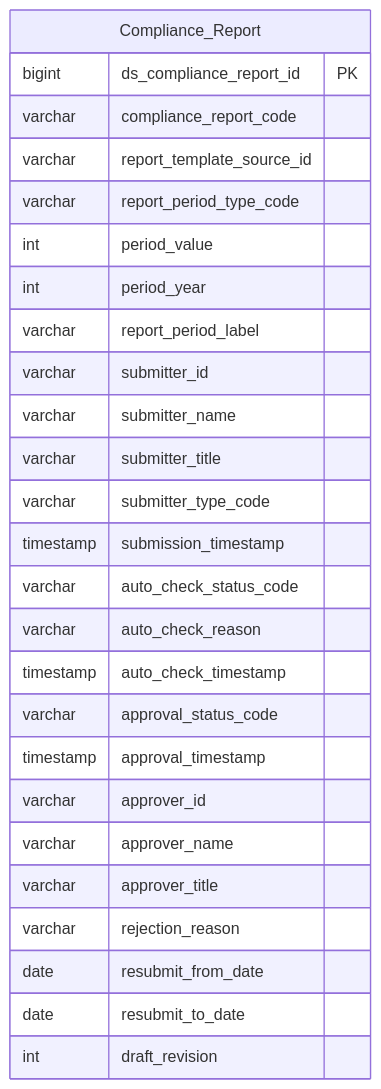
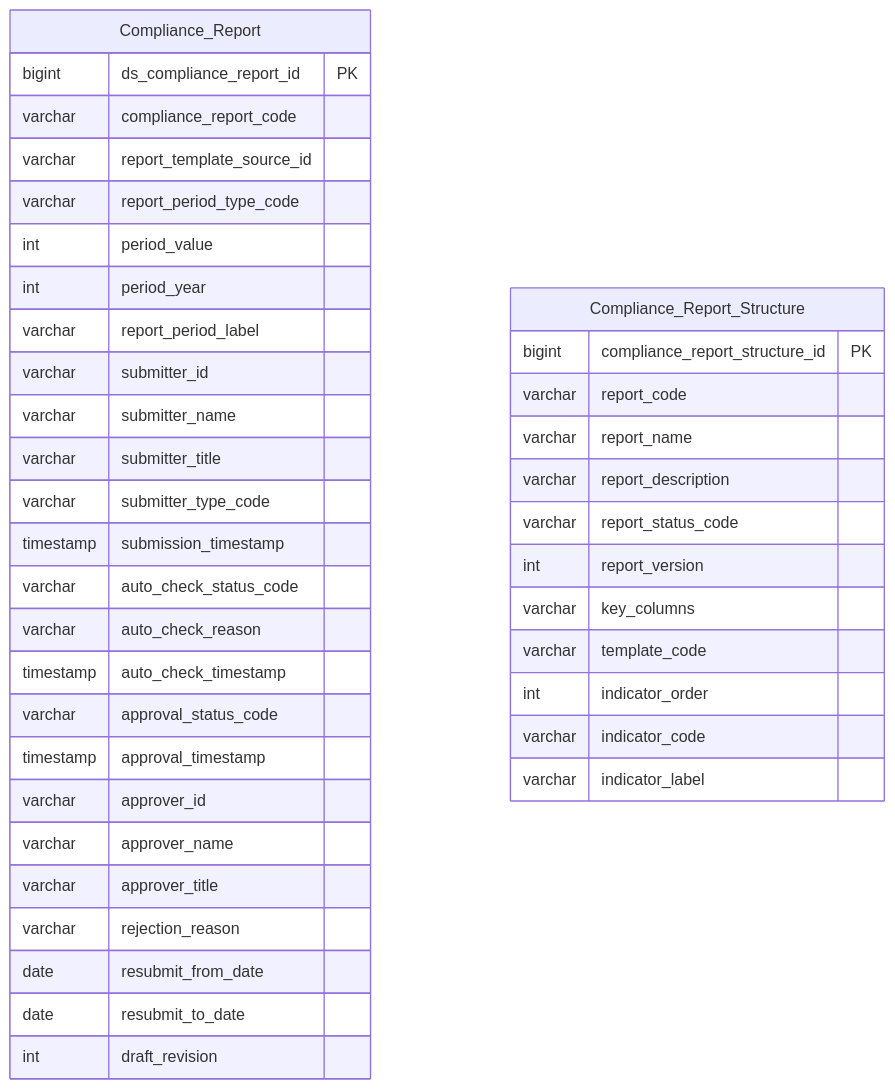
The third of 3 diagrams in DataModel/working/Atomic/hld/TMS_HLD_Tier1.md (linhlvit/ubck_atomic_design), drawn with Mermaid before and after one commit. The commit also changed other lines of this file and 21 other files, not shown here.

````diff
--- a/DataModel/working/Atomic/hld/TMS_HLD_Tier1.md
+++ b/DataModel/working/Atomic/hld/TMS_HLD_Tier1.md
@@ -49,29 +70,42 @@
 ```mermaid
 erDiagram
     Compliance_Report {
         bigint ds_compliance_report_id PK
         varchar compliance_report_code
         varchar report_template_source_id
         varchar report_period_type_code
         int period_value
         int period_year
         varchar report_period_label
         varchar submitter_id
         varchar submitter_name
         varchar submitter_title
         varchar submitter_type_code
         timestamp submission_timestamp
         varchar auto_check_status_code
         varchar auto_check_reason
         timestamp auto_check_timestamp
         varchar approval_status_code
         timestamp approval_timestamp
         varchar approver_id
         varchar approver_name
         varchar approver_title
         varchar rejection_reason
         date resubmit_from_date
         date resubmit_to_date
         int draft_revision
     }
+    Compliance_Report_Structure {
+        bigint compliance_report_structure_id PK
+        varchar report_code
+        varchar report_name
+        varchar report_description
+        varchar report_status_code
+        int report_version
+        varchar key_columns
+        varchar template_code
+        int indicator_order
+        varchar indicator_code
+        varchar indicator_label
+    }
 ```
````
